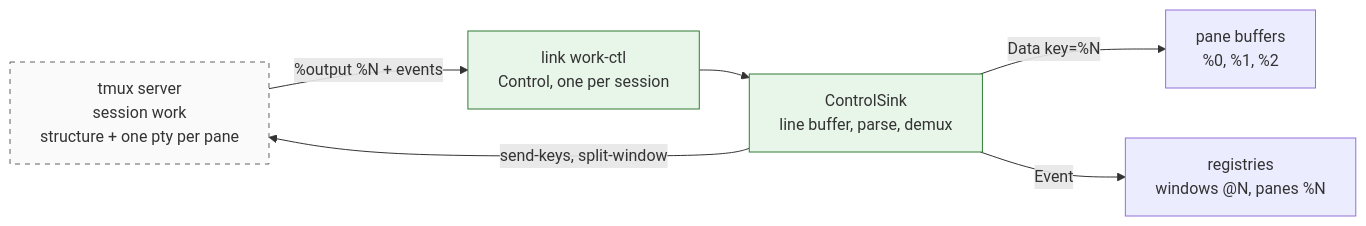
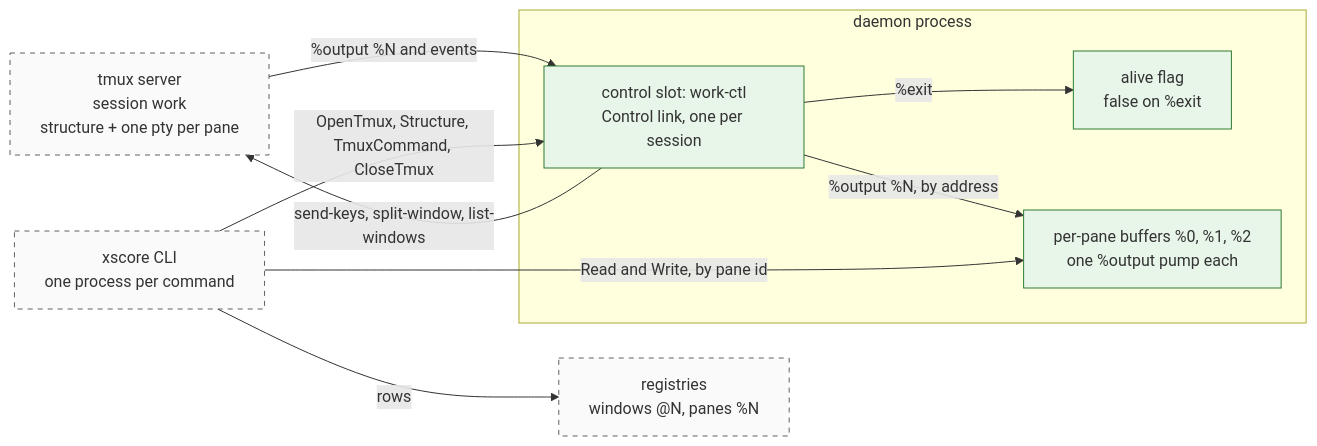
One commit to xiaoshan1234/xscore changed the second of 4 diagrams in doc/dev/arch/arch.md. Above: the diagram before and after it, drawn with Mermaid. The commit also changed other lines of this file and 12 other files, not shown here.

Commit message:
feat(daemon): own tmux control clients so pane data is a stream, not a snapshot

````diff
--- a/doc/dev/arch/arch.md
+++ b/doc/dev/arch/arch.md
@@ -382,19 +384,24 @@
 ```mermaid
 graph LR
     SRV["tmux server<br/>session work<br/>structure + one pty per pane"]
-    L["link work-ctl<br/>Control, one per session"]
-    SK["ControlSink<br/>line buffer, parse, demux"]
-    B["pane buffers<br/>%0, %1, %2"]
+    CLI["xscore CLI<br/>one process per command"]
+    subgraph D["daemon process"]
+        L["control slot: work-ctl<br/>Control link, one per session"]
+        AL["alive flag<br/>false on %exit"]
+        B["per-pane buffers %0, %1, %2<br/>one %output pump each"]
+    end
     ST["registries<br/>windows @N, panes %N"]
 
-    SRV -->|"%output %N + events"| L
-    L --> SK
-    SK -->|"Data key=%N"| B
-    SK -->|"Event"| ST
-    SK -->|"send-keys, split-window"| SRV
+    SRV -->|"%output %N and events"| L
+    L -->|"%output %N, by address"| B
+    L -->|"%exit"| AL
+    CLI -->|"OpenTmux, Structure, TmuxCommand, CloseTmux"| L
+    CLI -->|"Read and Write, by pane id"| B
+    CLI -->|"rows"| ST
+    L -->|"send-keys, split-window, list-windows"| SRV
 
     classDef ext fill:#fafafa,stroke:#616161,stroke-dasharray: 5 5
     classDef ctl fill:#e8f5e9,stroke:#2e7d32
-    class SRV ext
-    class L,SK ctl
+    class SRV,CLI,ST ext
+    class L,AL,B ctl
 ```
````
